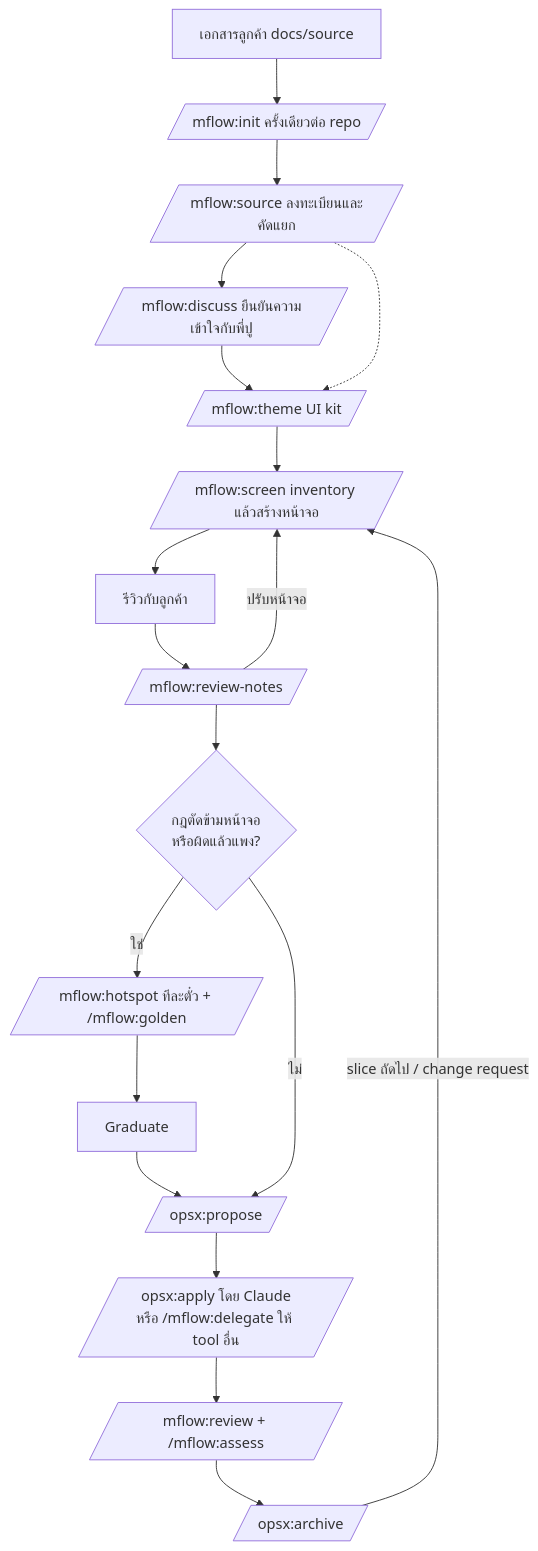
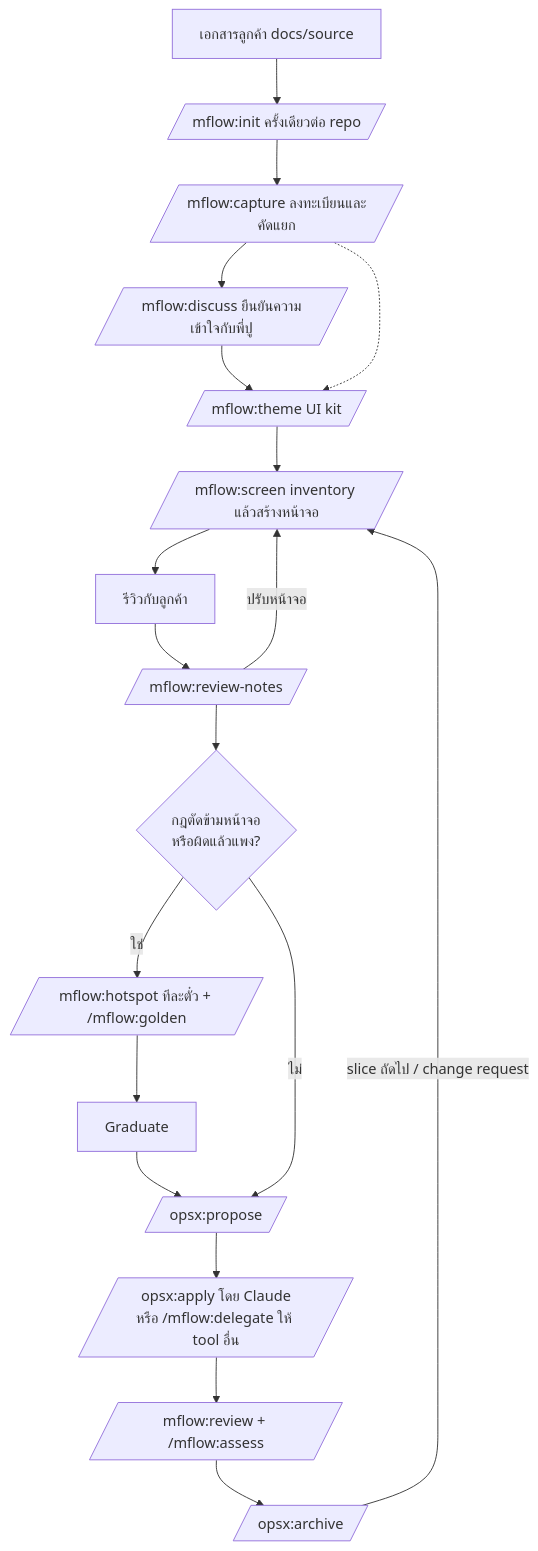
Before and after one commit to mounchons/mflow-marketplace: the diagram in docs/requirement.md, drawn with Mermaid. The commit also changed other lines of this file and 14 other files, not shown here.

First line of the commit message:
Rename /mflow:source to /mflow:capture (v0.8.0)

````diff
--- a/docs/requirement.md
+++ b/docs/requirement.md
@@ -59,21 +59,21 @@
 ```mermaid
 flowchart TD
     A[เอกสารลูกค้า docs/source] --> B[/mflow:init ครั้งเดียวต่อ repo/]
-    B --> C[/mflow:source ลงทะเบียนและคัดแยก/]
+    B --> C[/mflow:capture ลงทะเบียนและคัดแยก/]
     C --> DS[/mflow:discuss ยืนยันความเข้าใจกับพี่ปู/]
     DS --> D[/mflow:theme UI kit/]
     C -.-> D
     D --> E[/mflow:screen inventory แล้วสร้างหน้าจอ/]
     E --> F[รีวิวกับลูกค้า]
     F --> G[/mflow:review-notes/]
     G -->|ปรับหน้าจอ| E
     G --> H{กฎตัดข้ามหน้าจอ<br/>หรือผิดแล้วแพง?}
     H -->|ใช่| I[/mflow:hotspot ทีละตั๋ว + /mflow:golden/]
     I --> J[Graduate]
     J --> K[/opsx:propose/]
     H -->|ไม่| K
     K --> L[/opsx:apply โดย Claude<br/>หรือ /mflow:delegate ให้ tool อื่น/]
     L --> M[/mflow:review + /mflow:assess/]
     M --> N[/opsx:archive/]
     N -->|slice ถัดไป / change request| E
 ```
````
